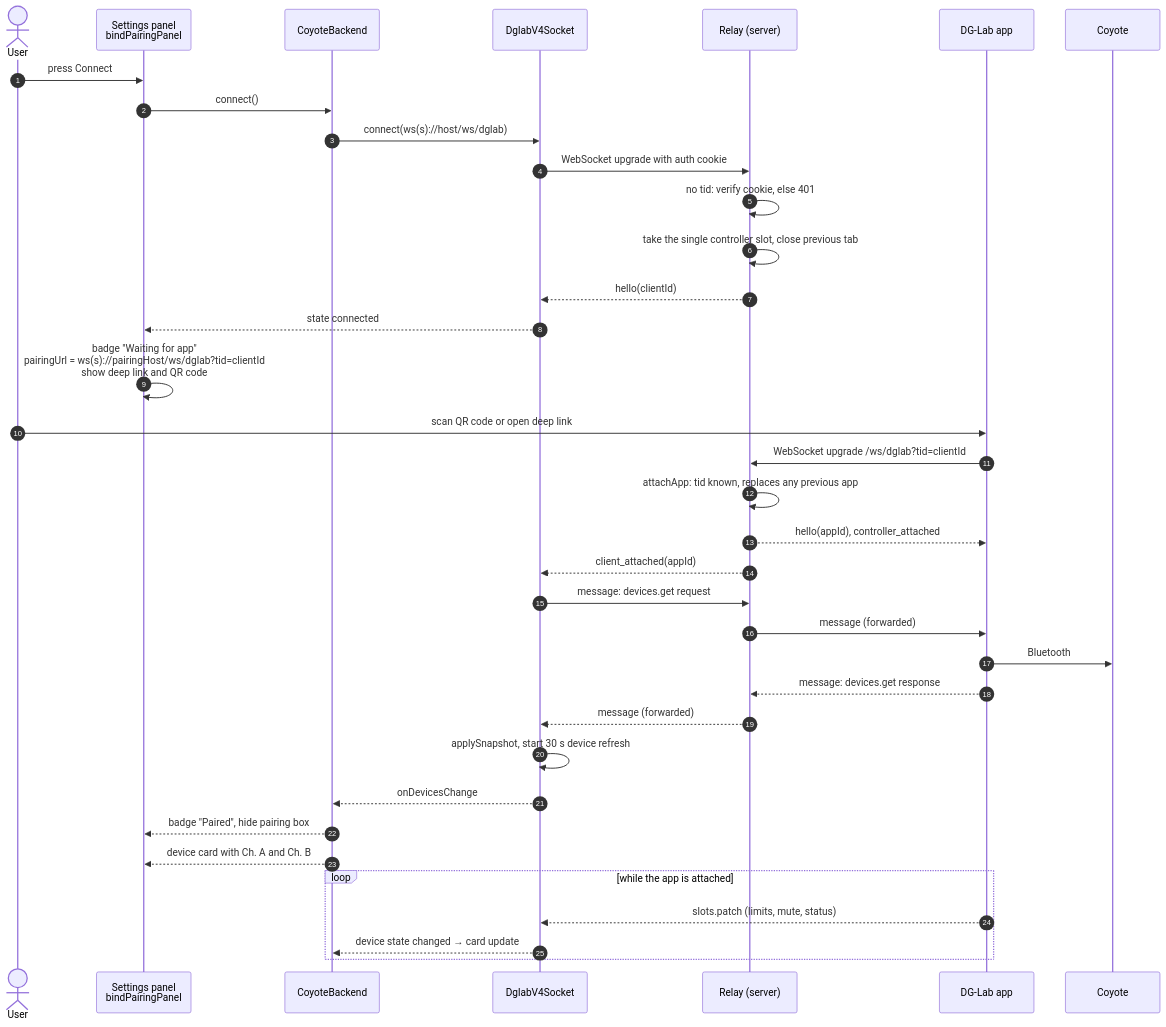
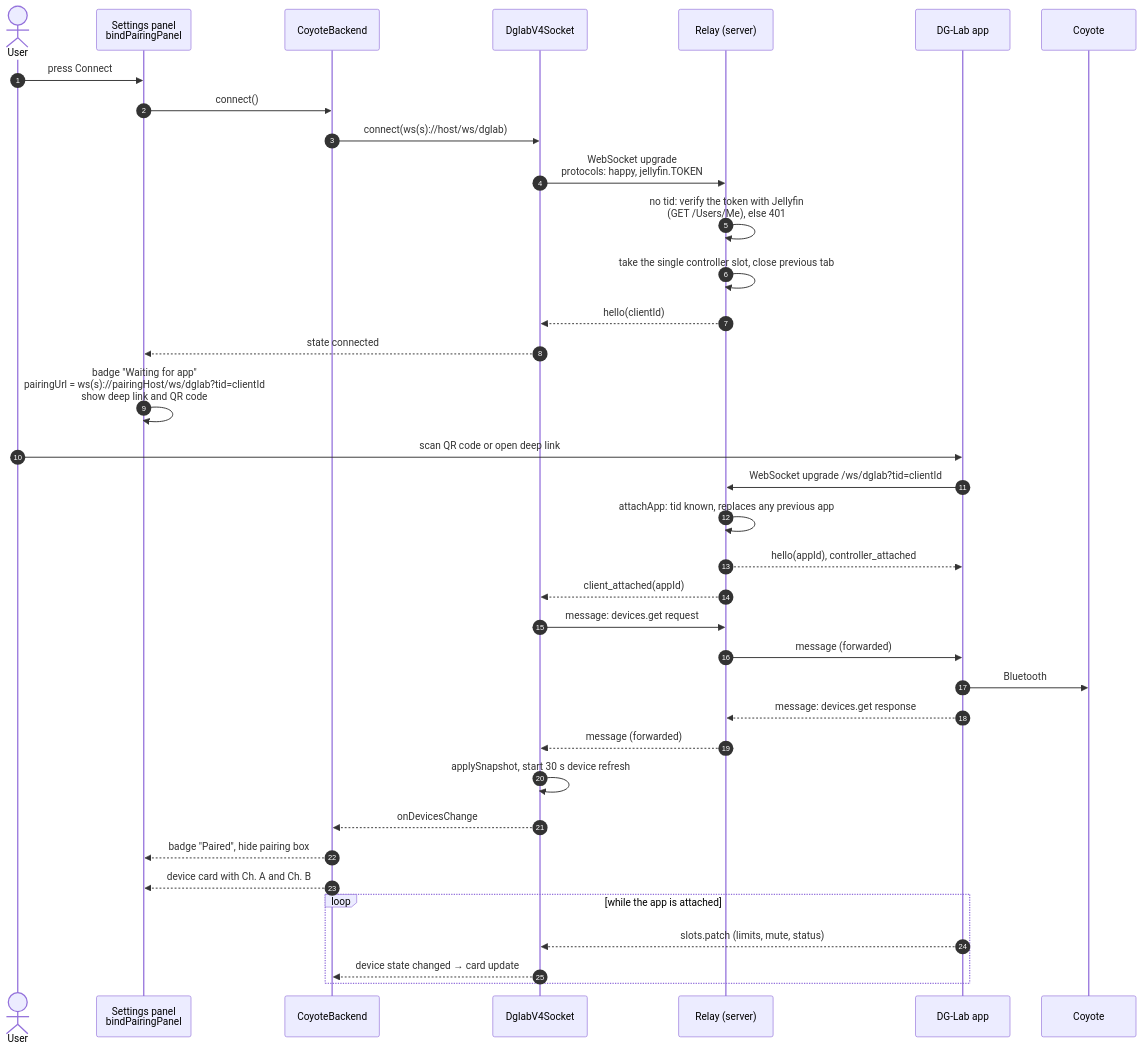
One commit to lumbar-spine-support/docker-haptic-player changed the second of 3 diagrams in docs/developer/use-cases/coyote-pairing.md. Above: the diagram before and after it, drawn with Mermaid. The commit also changed other lines of this file and 10 other files, not shown here.

````diff
--- a/docs/developer/use-cases/coyote-pairing.md
+++ b/docs/developer/use-cases/coyote-pairing.md
@@ -23,39 +23,39 @@
 ```mermaid
 sequenceDiagram
   autonumber
   actor U as User
   participant UI as Settings panel<br/>bindPairingPanel
   participant CB as CoyoteBackend
   participant SK as DglabV4Socket
   participant R as Relay (server)
   participant P as DG-Lab app
   participant C as Coyote
 
   U->>UI: press Connect
   UI->>CB: connect()
   CB->>SK: connect(ws(s)://host/ws/dglab)
-  SK->>R: WebSocket upgrade with auth cookie
-  R->>R: no tid: verify cookie, else 401
+  SK->>R: WebSocket upgrade<br/>protocols: happy, jellyfin.TOKEN
+  R->>R: no tid: verify the token with Jellyfin<br/>(GET /Users/Me), else 401
   R->>R: take the single controller slot, close previous tab
   R-->>SK: hello(clientId)
   SK-->>UI: state connected
   UI->>UI: badge "Waiting for app"<br/>pairingUrl = ws(s)://pairingHost/ws/dglab?tid=clientId<br/>show deep link and QR code
   U->>P: scan QR code or open deep link
   P->>R: WebSocket upgrade /ws/dglab?tid=clientId
   R->>R: attachApp: tid known, replaces any previous app
   R-->>P: hello(appId), controller_attached
   R-->>SK: client_attached(appId)
   SK->>R: message: devices.get request
   R->>P: message (forwarded)
   P->>C: Bluetooth
   P-->>R: message: devices.get response
   R-->>SK: message (forwarded)
   SK->>SK: applySnapshot, start 30 s device refresh
   SK-->>CB: onDevicesChange
   CB-->>UI: badge "Paired", hide pairing box
   CB-->>UI: device card with Ch. A and Ch. B
   loop while the app is attached
     P-->>SK: slots.patch (limits, mute, status)
     SK-->>CB: device state changed → card update
   end
 ```
````
